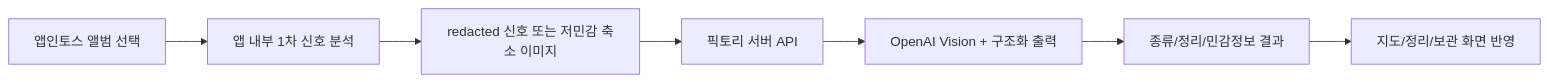
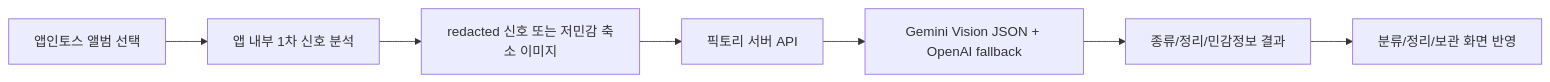
The diagram in docs/apps-in-toss-test-and-monetization.md (Artemis-ignis/pictory-apps-in-toss), drawn with Mermaid before and after one commit. The commit also changed other lines of this file and 136 other files, not shown here.

````diff
--- a/docs/apps-in-toss-test-and-monetization.md
+++ b/docs/apps-in-toss-test-and-monetization.md
@@ -180,9 +190,9 @@
 ```mermaid
 flowchart LR
   A["앱인토스 앨범 선택"] --> B["앱 내부 1차 신호 분석"]
   B --> C["redacted 신호 또는 저민감 축소 이미지"]
   C --> D["픽토리 서버 API"]
-  D --> E["OpenAI Vision + 구조화 출력"]
+  D --> E["Gemini Vision JSON + OpenAI fallback"]
   E --> F["종류/정리/민감정보 결과"]
-  F --> G["지도/정리/보관 화면 반영"]
+  F --> G["분류/정리/보관 화면 반영"]
 ```
````
